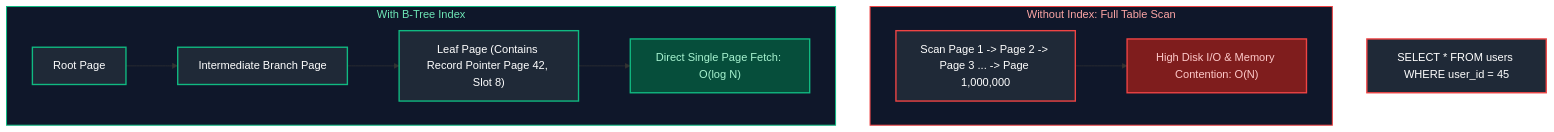
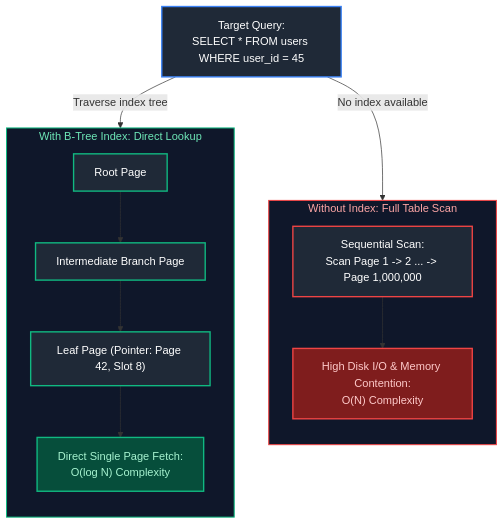
The ninth of 27 diagrams in Data Engineering/04_database_internals_and_performance.md (joydeep-biswas/Interview-Preparation), drawn with Mermaid before and after one commit. The commit also changed other lines of this file and 76 other files, not shown here.

Commit message:
Updated Charts

````diff
--- a/Data Engineering/04_database_internals_and_performance.md
+++ b/Data Engineering/04_database_internals_and_performance.md
@@ -581,26 +582,30 @@
 ```mermaid
 flowchart TD
-    Query["SELECT * FROM users WHERE user_id = 45"]
+    Query["Target Query:<br/>SELECT * FROM users WHERE user_id = 45"]
     
     subgraph Without_Index ["Without Index: Full Table Scan"]
-        Scan["Scan Page 1 -> Page 2 -> Page 3 ... -> Page 1,000,000"]
-        Scan --> CostHigh["High Disk I/O & Memory Contention: O(N)"]
+        direction TB
+        Scan["Sequential Scan:<br/>Scan Page 1 -> 2 ... -> Page 1,000,000"] --> CostHigh["High Disk I/O & Memory Contention:<br/>O(N) Complexity"]
     end
     
-    subgraph With_Index ["With B-Tree Index"]
+    subgraph With_Index ["With B-Tree Index: Direct Lookup"]
+        direction TB
         Root["Root Page"] --> Branch["Intermediate Branch Page"]
-        Branch --> Leaf["Leaf Page (Contains Record Pointer Page 42, Slot 8)"]
-        Leaf --> Fetch["Direct Single Page Fetch: O(log N)"]
+        Branch --> Leaf["Leaf Page (Pointer: Page 42, Slot 8)"]
+        Leaf --> Fetch["Direct Single Page Fetch:<br/>O(log N) Complexity"]
     end
+
+    Query -->|"No index available"| Scan
+    Query -->|"Traverse index tree"| Root
 
     style Without_Index fill:#0f172a,stroke:#ef4444,stroke-width:1.5px,color:#fca5a5
     style With_Index fill:#0f172a,stroke:#10b981,stroke-width:1.5px,color:#6ee7b7
 
-    style Query fill:#1f2937,stroke:#ef4444,stroke-width:2px,color:#fff
+    style Query fill:#1f2937,stroke:#3b82f6,stroke-width:2px,color:#fff
     style Scan fill:#1f2937,stroke:#ef4444,stroke-width:2px,color:#fff
     style CostHigh fill:#7f1d1d,stroke:#ef4444,stroke-width:2px,color:#fecaca
     style Root fill:#1f2937,stroke:#10b981,stroke-width:2px,color:#fff
     style Branch fill:#1f2937,stroke:#10b981,stroke-width:2px,color:#fff
     style Leaf fill:#1f2937,stroke:#10b981,stroke-width:2px,color:#fff
     style Fetch fill:#064e3b,stroke:#10b981,stroke-width:2px,color:#a7f3d0
 ```
````
